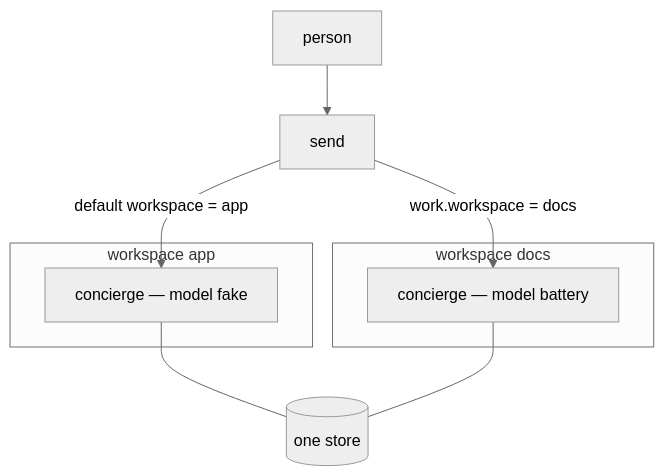
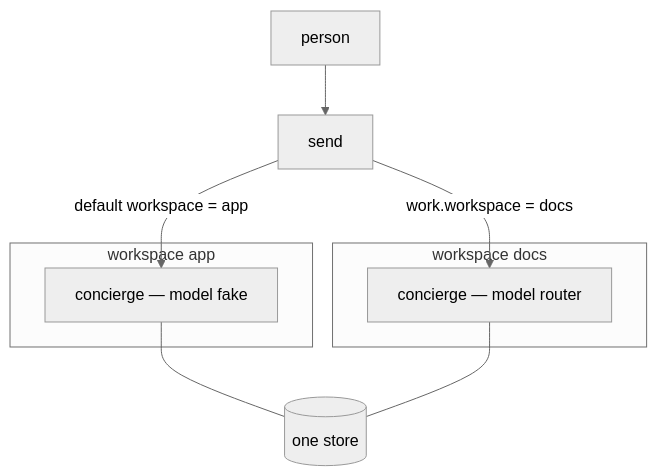
One commit to This-Is-NPC/omunculus changed the fifth of 10 diagrams in docs/possibilities.md. Above: the diagram before and after it, drawn with Mermaid (neutral theme). The commit also changed other lines of this file and 6 other files, not shown here.

First line of the commit message:
refactor(model): drop the battery model

````diff
--- a/docs/possibilities.md
+++ b/docs/possibilities.md
@@ -260,17 +260,17 @@
 ```mermaid
 flowchart TB
     person[person]
     send[send]
     subgraph app [workspace app]
         aagent["concierge — model fake"]
     end
     subgraph docsWs [workspace docs]
-        dagent["concierge — model battery"]
+        dagent["concierge — model router"]
     end
     store[(one store)]
     person --> send
     send -->|default workspace = app| aagent
     send -->|work.workspace = docs| dagent
     aagent --- store
     dagent --- store
 ```
````
